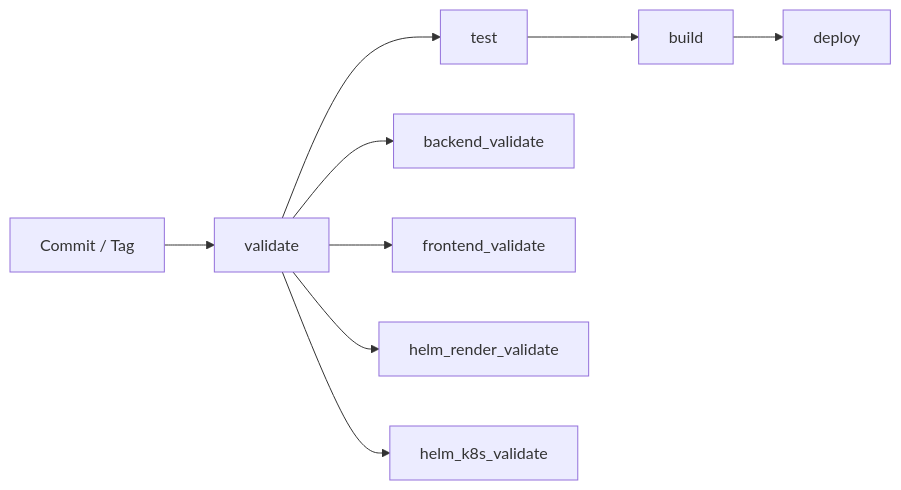
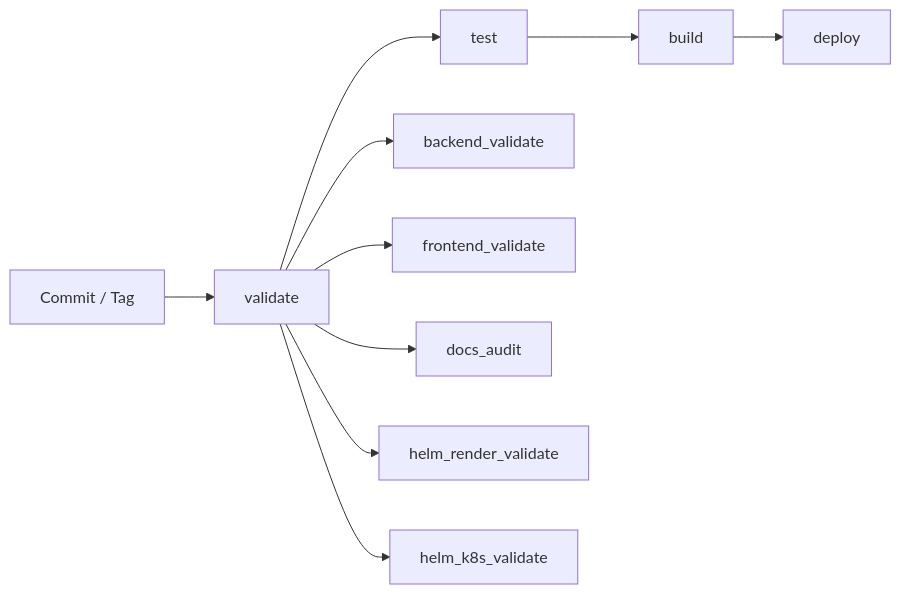
One commit to xsugra/cistafirma.sk changed the first of 2 diagrams in docs/DEVOPS_CICD.md. Above: the diagram before and after it, drawn with Mermaid. The commit also changed other lines of this file and 36 other files, not shown here.

````diff
--- a/docs/DEVOPS_CICD.md
+++ b/docs/DEVOPS_CICD.md
@@ -42,12 +44,13 @@
 ```mermaid
 flowchart LR
     A[Commit / Tag] --> B[validate]
     B --> C[test]
     C --> D[build]
     D --> E[deploy]
 
     B --> B1[backend_validate]
     B --> B2[frontend_validate]
-    B --> B3[helm_render_validate]
-    B --> B4[helm_k8s_validate]
+    B --> B3[docs_audit]
+    B --> B4[helm_render_validate]
+    B --> B5[helm_k8s_validate]
 ```
````
